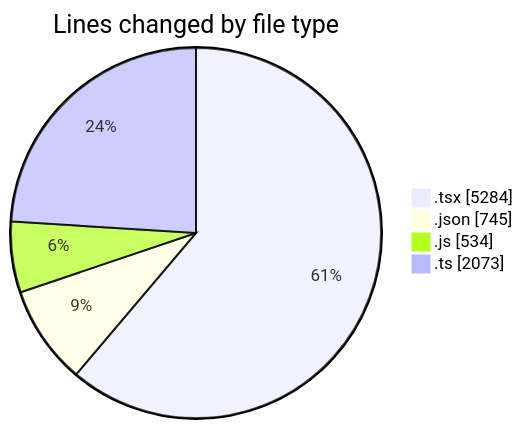
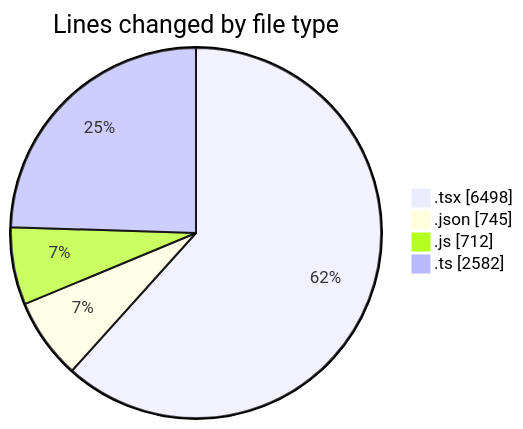
Before and after one commit to momahboobian/code-tracking: the first of 2 diagrams in 2026-08-07/cda/README.md, drawn with Mermaid. The commit also changed other lines of this file and 1 other file, not shown here.

````diff
--- a/2026-08-07/cda/README.md
+++ b/2026-08-07/cda/README.md
@@ -34,8 +34,8 @@
 ```mermaid
 pie showData
 title Lines changed by file type
-".tsx" : 5284
+".tsx" : 6498
 ".json" : 745
-".js" : 534
-".ts" : 2073
+".js" : 712
+".ts" : 2582
 ```
````
